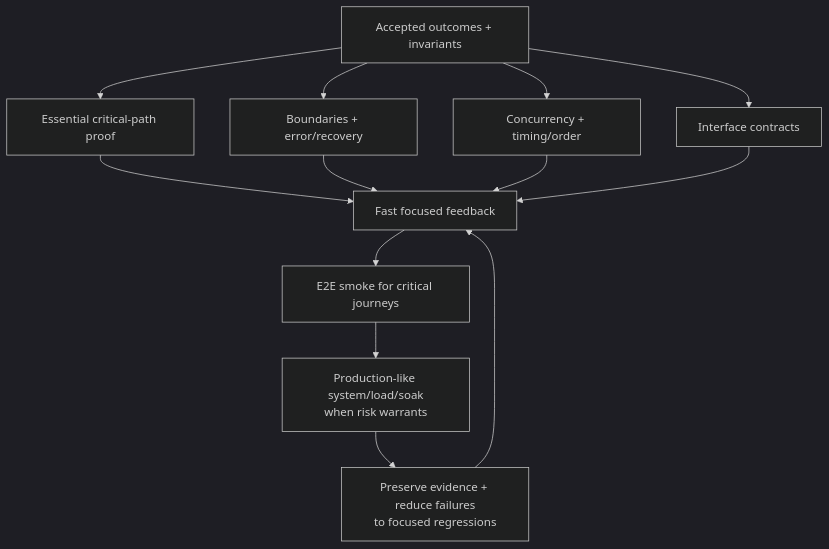
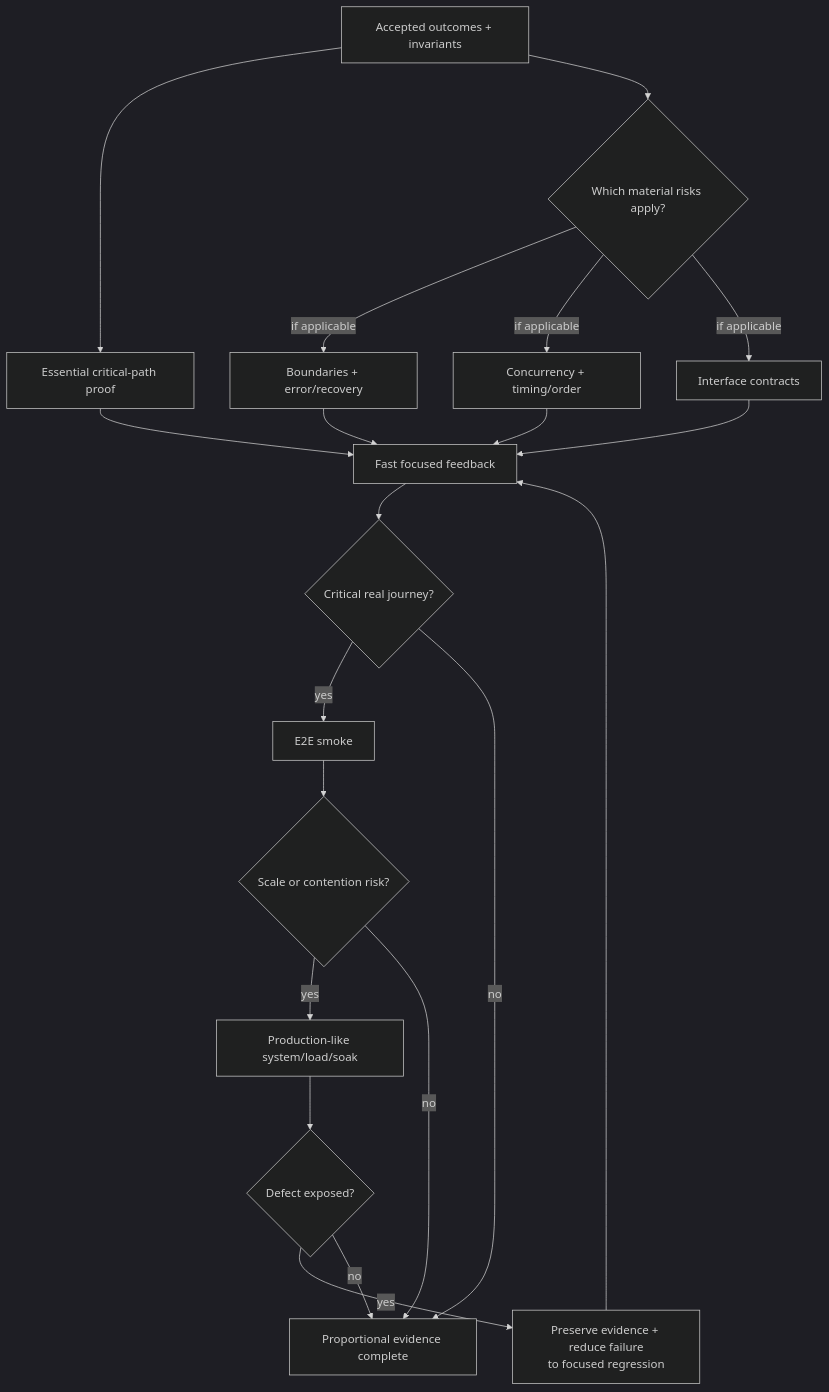
The eighth of 12 diagrams in README.md (hhhhhusky777/spec-driven-delivery-playbook), drawn with Mermaid (dark theme) before and after one commit. The commit also changed 2 other files, not shown here.

Commit message:
docs: clarify proportional test selection

````diff
--- a/README.md
+++ b/README.md
@@ -318,15 +318,22 @@
 ```mermaid
 flowchart TD
     O["Accepted outcomes + invariants"] --> H["Essential critical-path proof"]
-    O --> E["Boundaries + error/recovery"]
-    O --> C["Concurrency + timing/order"]
-    O --> I["Interface contracts"]
+    O --> K{"Which material risks apply?"}
+    K -->|"if applicable"| E["Boundaries + error/recovery"]
+    K -->|"if applicable"| C["Concurrency + timing/order"]
+    K -->|"if applicable"| I["Interface contracts"]
     H --> F["Fast focused feedback"]
     E --> F
     C --> F
     I --> F
-    F --> S["E2E smoke for critical journeys"]
-    S --> L["Production-like system/load/soak<br/>when risk warrants"]
-    L --> R["Preserve evidence + reduce failures<br/>to focused regressions"]
+    F --> J{"Critical real journey?"}
+    J -->|"yes"| S["E2E smoke"]
+    J -->|"no"| D["Proportional evidence complete"]
+    S --> L{"Scale or contention risk?"}
+    L -->|"yes"| P["Production-like system/load/soak"]
+    L -->|"no"| D
+    P --> X{"Defect exposed?"}
+    X -->|"yes"| R["Preserve evidence + reduce failure<br/>to focused regression"]
+    X -->|"no"| D
     R --> F
 ```
````
